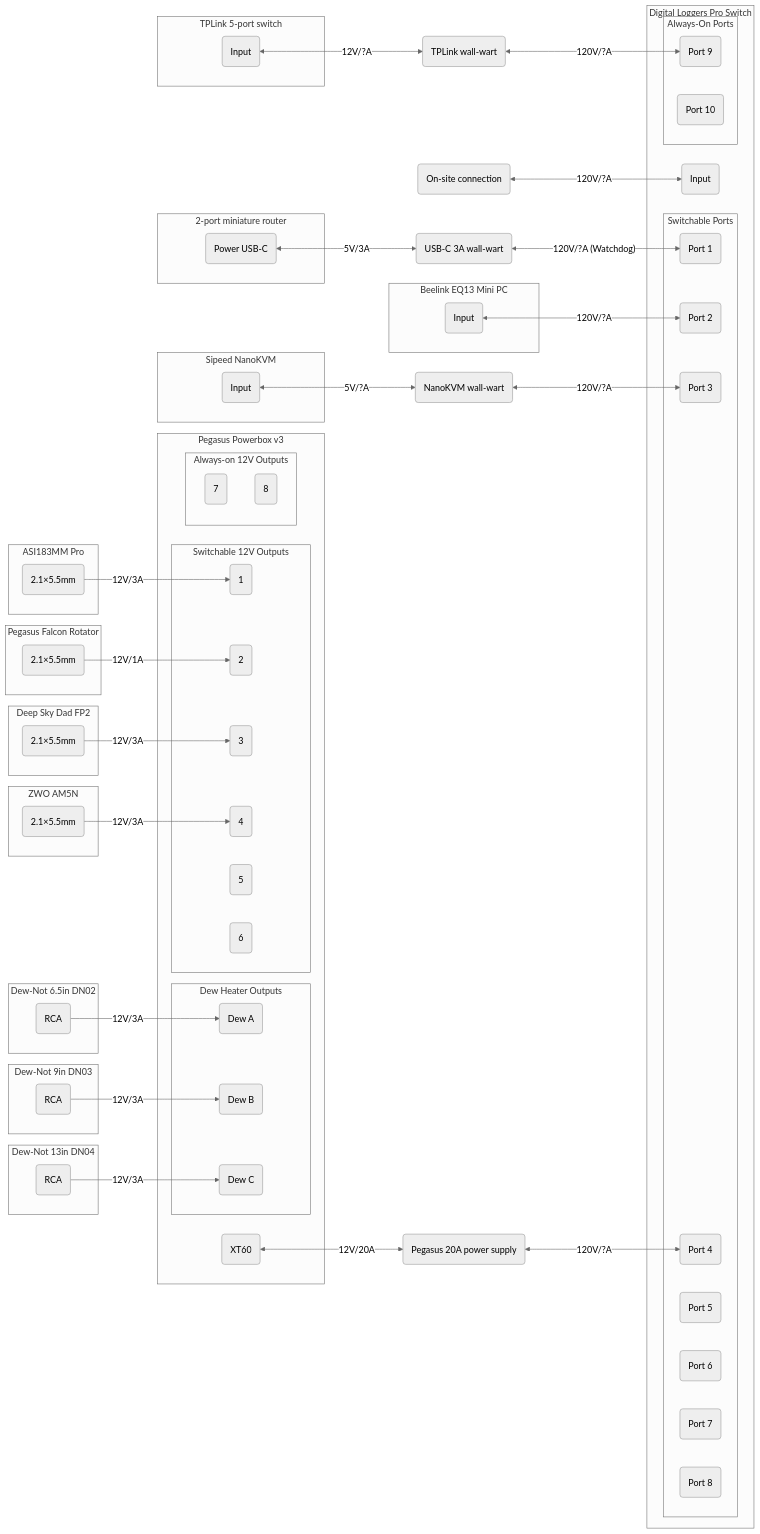
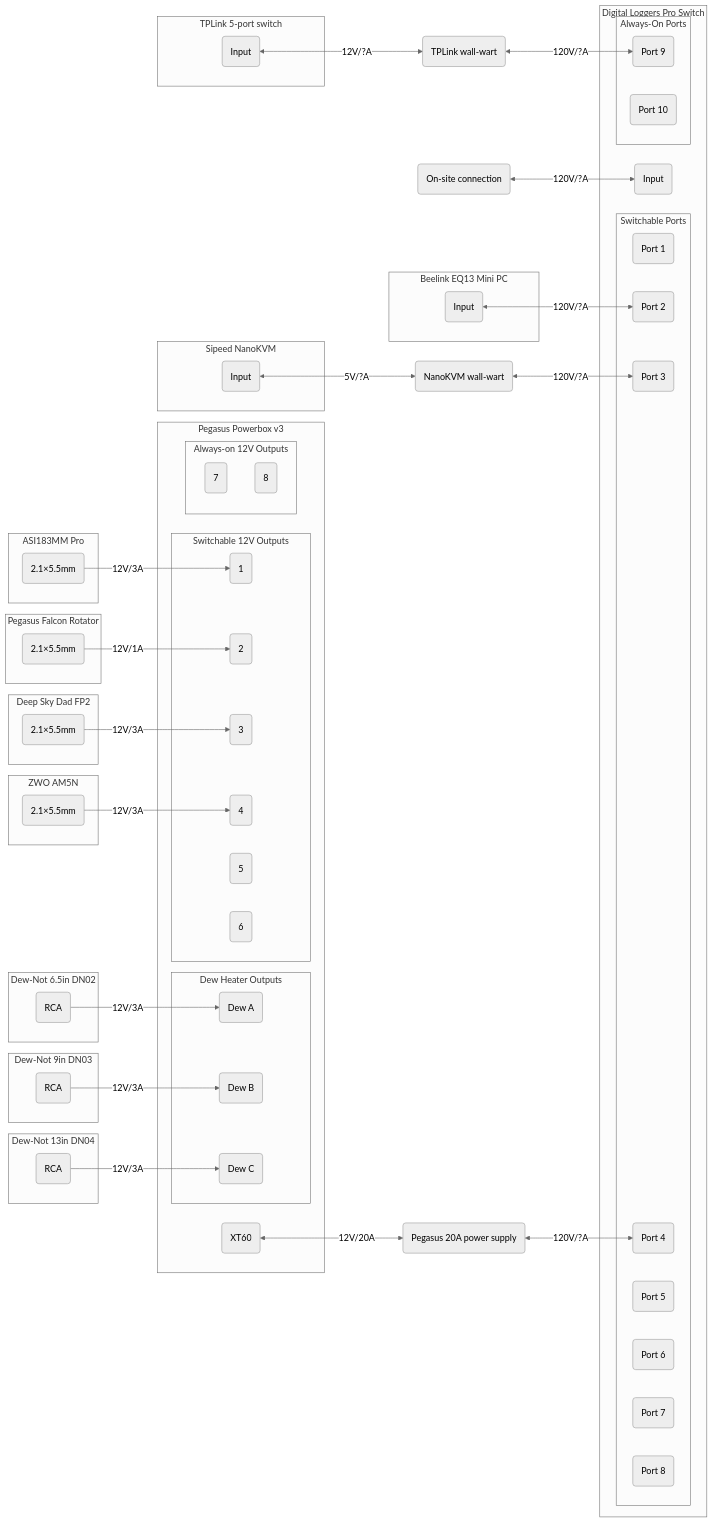
One commit to USA-RedDragon/mercury-remote-observatory changed the diagram in src/diagrams/power.md. Above: the diagram before and after it, drawn with Mermaid (neutral theme). The commit also changed 4 other files, not shown here.

````diff
--- a/src/diagrams/power.md
+++ b/src/diagrams/power.md
@@ -3,82 +3,77 @@
 ```mermaid
 graph LR;
     vin(On-site connection)<--120V/?A-->power-strip-vin;
     subgraph power-strip [Digital Loggers Pro Switch]
         subgraph power-strip-switchable-ports [Switchable Ports]
             power-strip-port-1(Port 1);
             power-strip-port-2(Port 2);
             power-strip-port-3(Port 3);
             power-strip-port-4(Port 4);
             power-strip-port-5(Port 5);
             power-strip-port-6(Port 6);
             power-strip-port-7(Port 7);
             power-strip-port-8(Port 8);
         end
         subgraph power-strip-always-on-ports [Always-On Ports]
             power-strip-port-9(Port 9);
             power-strip-port-10(Port 10);
         end
         power-strip-vin(Input);
     end
-    router-wall-wart(USB-C 3A wall-wart)<--120V/?A (Watchdog)-->power-strip-port-1;
-    subgraph router [2-port miniature router]
-        router-power(Power USB-C);
-    end
-    router-power<--5V/3A-->router-wall-wart;
     subgraph pc [Beelink EQ13 Mini PC]
         beelink-power(Input)<--120V/?A-->power-strip-port-2;
     end
     tplink-wall-wart(TPLink wall-wart)<--120V/?A-->power-strip-port-9;
     subgraph switch [TPLink 5-port switch]
         switch-power(Input);
     end
     switch-power<--12V/?A-->tplink-wall-wart;
     nanokvm-wall-wart(NanoKVM wall-wart)<--120V/?A-->power-strip-port-3;
     subgraph kvm [Sipeed NanoKVM]
         nanokvm-power(Input);
     end
     nanokvm-power<--5V/?A-->nanokvm-wall-wart;
     pegasus-wall-wart(Pegasus 20A power supply)<--120V/?A-->power-strip-port-4;
     subgraph pegasus-powerbox [Pegasus Powerbox v3]
         pegasus-powerbox-power(XT60);
         subgraph pegasus-powerbox-dew [Dew Heater Outputs]
             pegasus-powerbox-dew-a(Dew A);
             pegasus-powerbox-dew-b(Dew B);
             pegasus-powerbox-dew-c(Dew C);
         end
         subgraph pegasus-powerbox-switchable [Switchable 12V Outputs]
             pegasus-powerbox-12v-1(1);
             pegasus-powerbox-12v-2(2);
             pegasus-powerbox-12v-3(3);
             pegasus-powerbox-12v-4(4);
             pegasus-powerbox-12v-5(5);
             pegasus-powerbox-12v-6(6);
         end
         subgraph pegasus-powerbox-always-on [Always-on 12V Outputs]
             pegasus-powerbox-12v-7(7);
             pegasus-powerbox-12v-8(8);
         end
     end
     pegasus-powerbox-power<--12V/20A-->pegasus-wall-wart;
     subgraph camera [ASI183MM Pro]
         camera-cooler-power(2.1×5.5mm)--12V/3A-->pegasus-powerbox-12v-1;
     end
     subgraph rotator [Pegasus Falcon Rotator]
         rotator-power(2.1×5.5mm)--12V/1A-->pegasus-powerbox-12v-2;
     end
     subgraph flat-flap [Deep Sky Dad FP2]
         flat-flap-power(2.1×5.5mm)--12V/3A-->pegasus-powerbox-12v-3;
     end
     subgraph mount [ZWO AM5N]
         mount-power(2.1×5.5mm)--12V/3A-->pegasus-powerbox-12v-4;
     end
     subgraph dew-65-in [Dew-Not 6.5in DN02]
         dew-65-power(RCA)--12V/3A-->pegasus-powerbox-dew-a;
     end
         subgraph dew-9-in [Dew-Not 9in DN03]
         dew-9-power(RCA)--12V/3A-->pegasus-powerbox-dew-b;
     end
     subgraph dew-13-in [Dew-Not 13in DN04]
         dew-13-power(RCA)--12V/3A-->pegasus-powerbox-dew-c;
     end
 ```
````
